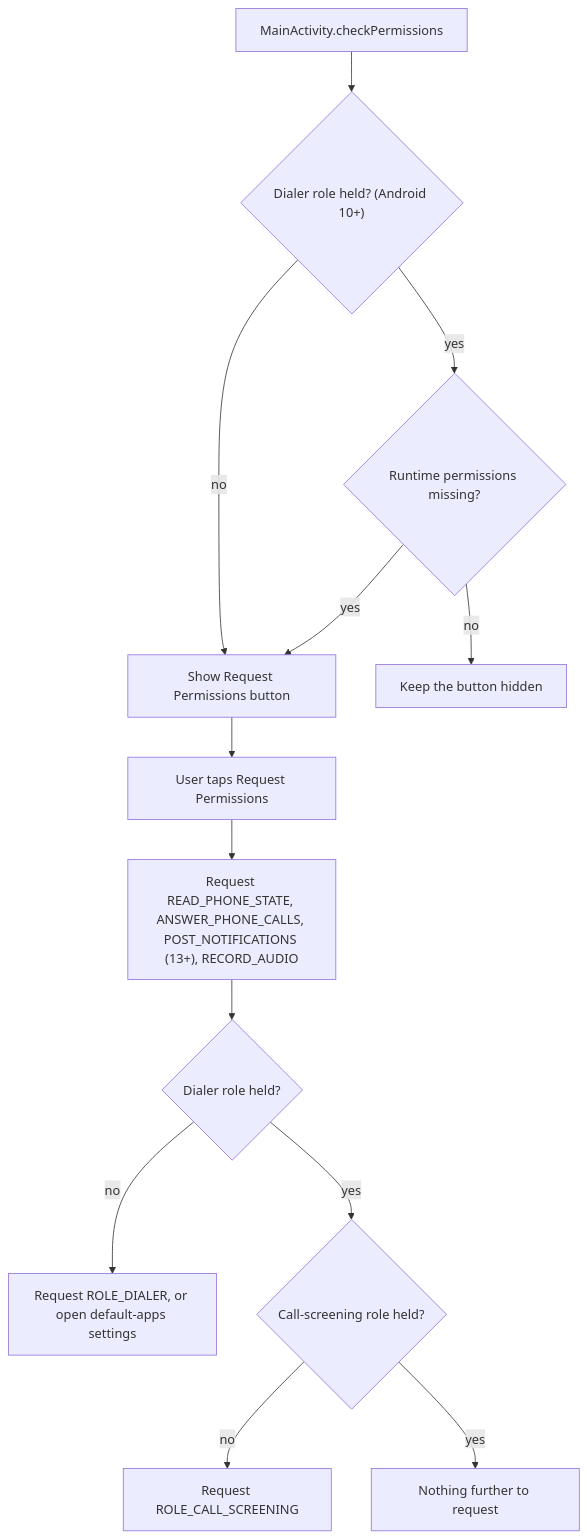
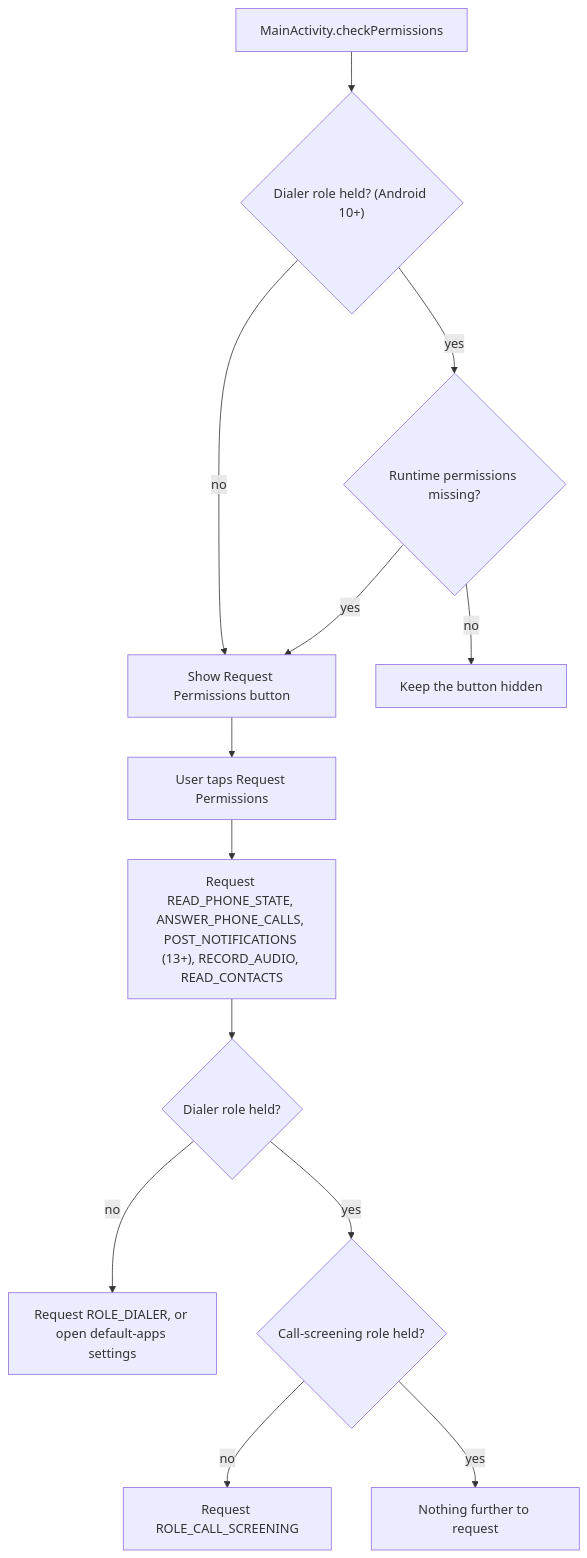
The second of 3 diagrams in docs/flows/startup-and-readiness.md (hmlendea/auto-call-responder), drawn with Mermaid before and after one commit. The commit also changed other lines of this file and 25 other files, not shown here.

````diff
--- a/docs/flows/startup-and-readiness.md
+++ b/docs/flows/startup-and-readiness.md
@@ -29,15 +29,15 @@
 ```mermaid
 flowchart TD
     Start["MainActivity.checkPermissions"] --> DialerRole{"Dialer role held? (Android 10+)"}
     DialerRole -- no --> Show["Show Request Permissions button"]
     DialerRole -- yes --> Perms{"Runtime permissions missing?"}
     Perms -- yes --> Show
     Perms -- no --> Hidden["Keep the button hidden"]
     Show --> Request["User taps Request Permissions"]
-    Request --> RuntimePerms["Request READ_PHONE_STATE, ANSWER_PHONE_CALLS, POST_NOTIFICATIONS (13+), RECORD_AUDIO"]
+    Request --> RuntimePerms["Request READ_PHONE_STATE, ANSWER_PHONE_CALLS, POST_NOTIFICATIONS (13+), RECORD_AUDIO, READ_CONTACTS"]
     RuntimePerms --> RoleChoice{"Dialer role held?"}
     RoleChoice -- no --> DialerReq["Request ROLE_DIALER, or open default-apps settings"]
     RoleChoice -- yes --> ScreenHeld{"Call-screening role held?"}
     ScreenHeld -- no --> ScreenReq["Request ROLE_CALL_SCREENING"]
     ScreenHeld -- yes --> Done["Nothing further to request"]
 ```
````
